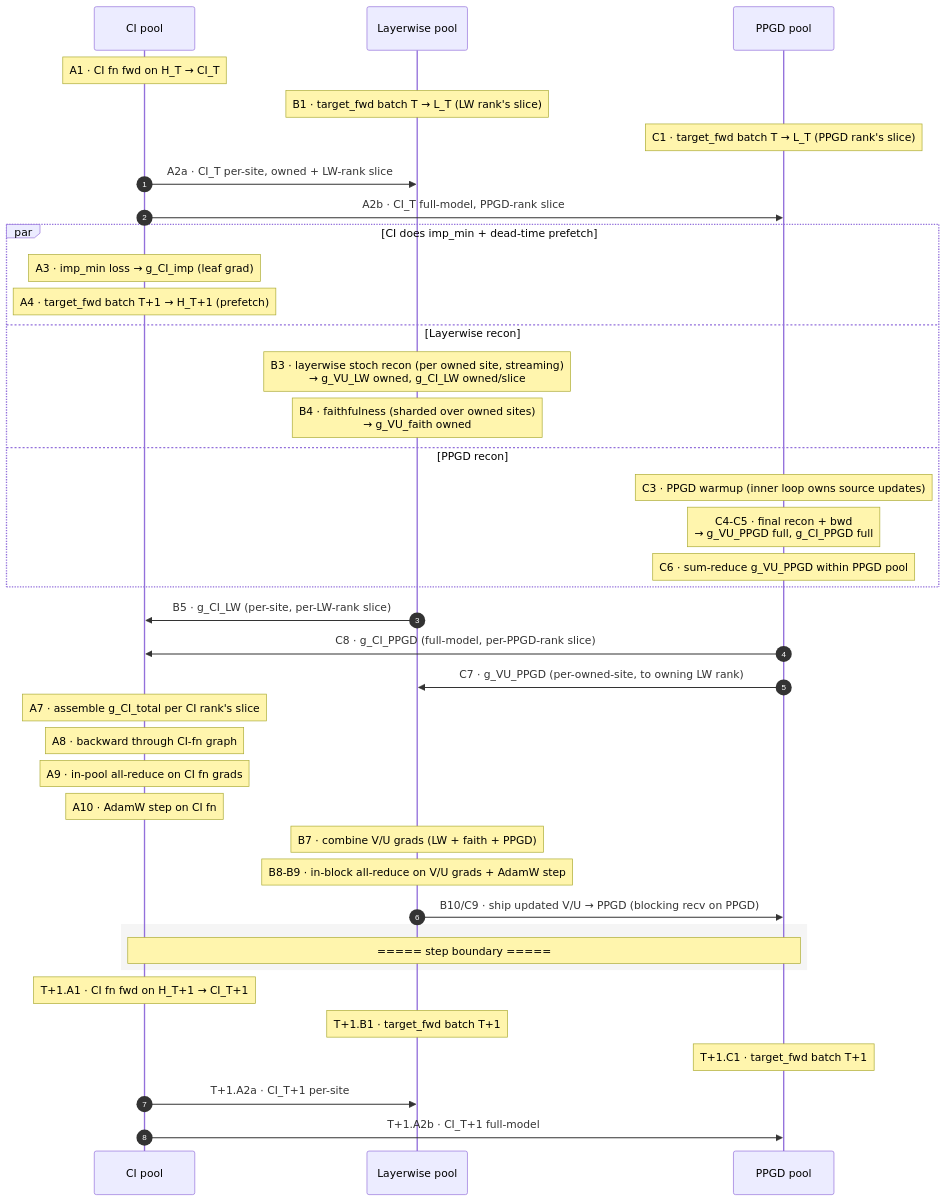
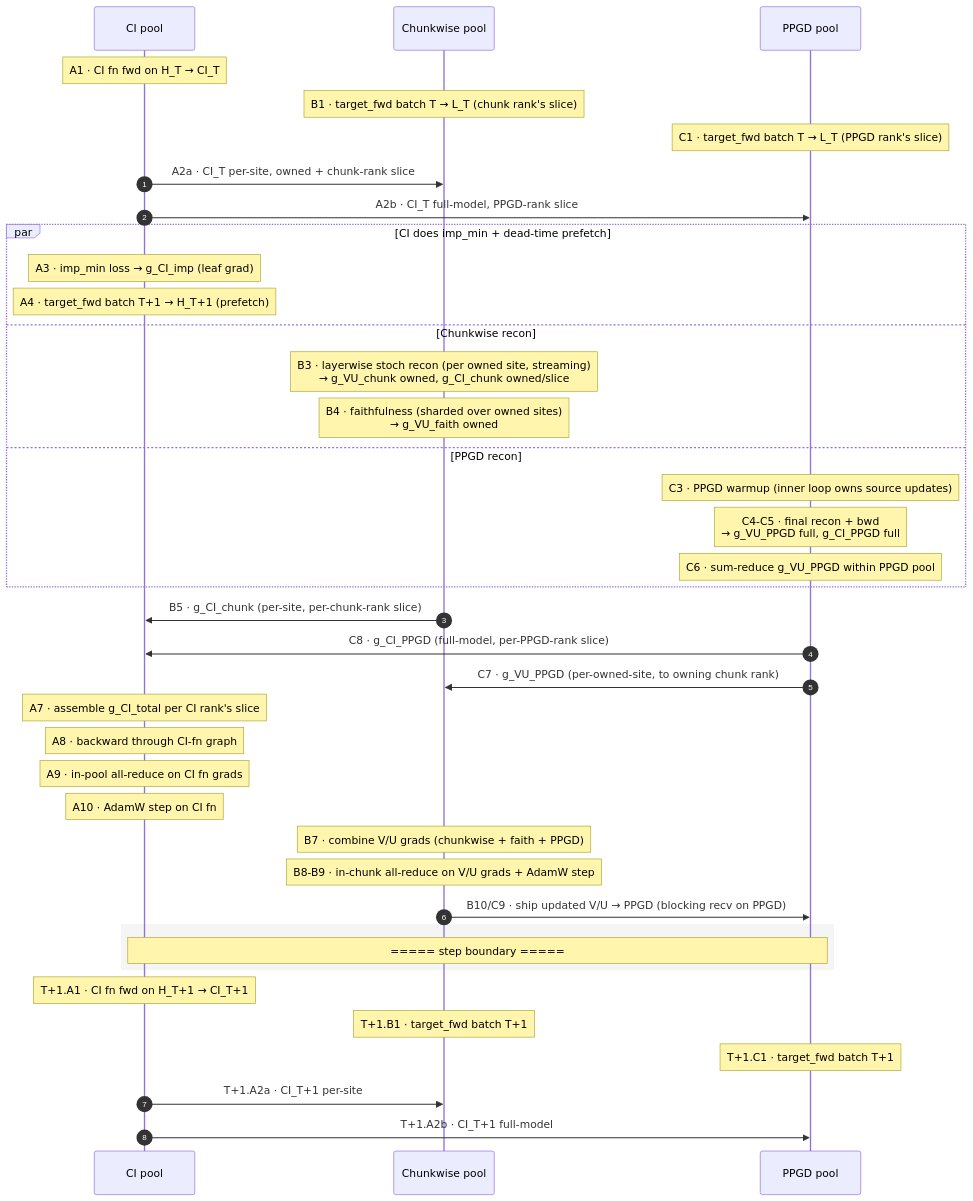
The second of 2 diagrams in param_decomp_lab/three_pool/DESIGN.md (Antovigo/spd), drawn with Mermaid before and after one commit. The commit also changed other lines of this file and 36 other files, not shown here.

````diff
--- a/param_decomp_lab/three_pool/DESIGN.md
+++ b/param_decomp_lab/three_pool/DESIGN.md
@@ -164,49 +170,49 @@
 ```mermaid
 sequenceDiagram
     autonumber
     participant CI as CI pool
-    participant LW as Layerwise pool
+    participant CH as Chunkwise pool
     participant PG as PPGD pool
 
     Note over CI: A1 · CI fn fwd on H_T → CI_T
-    Note over LW: B1 · target_fwd batch T → L_T (LW rank's slice)
+    Note over CH: B1 · target_fwd batch T → L_T (chunk rank's slice)
     Note over PG: C1 · target_fwd batch T → L_T (PPGD rank's slice)
 
-    CI->>LW: A2a · CI_T per-site, owned + LW-rank slice
+    CI->>CH: A2a · CI_T per-site, owned + chunk-rank slice
     CI->>PG: A2b · CI_T full-model, PPGD-rank slice
 
     par CI does imp_min + dead-time prefetch
         Note over CI: A3 · imp_min loss → g_CI_imp (leaf grad)
         Note over CI: A4 · target_fwd batch T+1 → H_T+1 (prefetch)
-    and Layerwise recon
-        Note over LW: B3 · layerwise stoch recon (per owned site, streaming)<br/>→ g_VU_LW owned, g_CI_LW owned/slice
-        Note over LW: B4 · faithfulness (sharded over owned sites)<br/>→ g_VU_faith owned
+    and Chunkwise recon
+        Note over CH: B3 · layerwise stoch recon (per owned site, streaming)<br/>→ g_VU_chunk owned, g_CI_chunk owned/slice
+        Note over CH: B4 · faithfulness (sharded over owned sites)<br/>→ g_VU_faith owned
     and PPGD recon
         Note over PG: C3 · PPGD warmup (inner loop owns source updates)
         Note over PG: C4-C5 · final recon + bwd<br/>→ g_VU_PPGD full, g_CI_PPGD full
         Note over PG: C6 · sum-reduce g_VU_PPGD within PPGD pool
     end
 
-    LW->>CI: B5 · g_CI_LW (per-site, per-LW-rank slice)
+    CH->>CI: B5 · g_CI_chunk (per-site, per-chunk-rank slice)
     PG->>CI: C8 · g_CI_PPGD (full-model, per-PPGD-rank slice)
-    PG->>LW: C7 · g_VU_PPGD (per-owned-site, to owning LW rank)
+    PG->>CH: C7 · g_VU_PPGD (per-owned-site, to owning chunk rank)
 
     Note over CI: A7 · assemble g_CI_total per CI rank's slice
     Note over CI: A8 · backward through CI-fn graph
     Note over CI: A9 · in-pool all-reduce on CI fn grads
     Note over CI: A10 · AdamW step on CI fn
 
-    Note over LW: B7 · combine V/U grads (LW + faith + PPGD)
-    Note over LW: B8-B9 · in-block all-reduce on V/U grads + AdamW step
-    LW->>PG: B10/C9 · ship updated V/U → PPGD (blocking recv on PPGD)
+    Note over CH: B7 · combine V/U grads (chunkwise + faith + PPGD)
+    Note over CH: B8-B9 · in-chunk all-reduce on V/U grads + AdamW step
+    CH->>PG: B10/C9 · ship updated V/U → PPGD (blocking recv on PPGD)
 
     rect rgb(245, 245, 245)
         Note over CI,PG: ===== step boundary =====
     end
 
     Note over CI: T+1.A1 · CI fn fwd on H_T+1 → CI_T+1
-    Note over LW: T+1.B1 · target_fwd batch T+1
+    Note over CH: T+1.B1 · target_fwd batch T+1
     Note over PG: T+1.C1 · target_fwd batch T+1
-    CI->>LW: T+1.A2a · CI_T+1 per-site
+    CI->>CH: T+1.A2a · CI_T+1 per-site
     CI->>PG: T+1.A2b · CI_T+1 full-model
 ```
````
